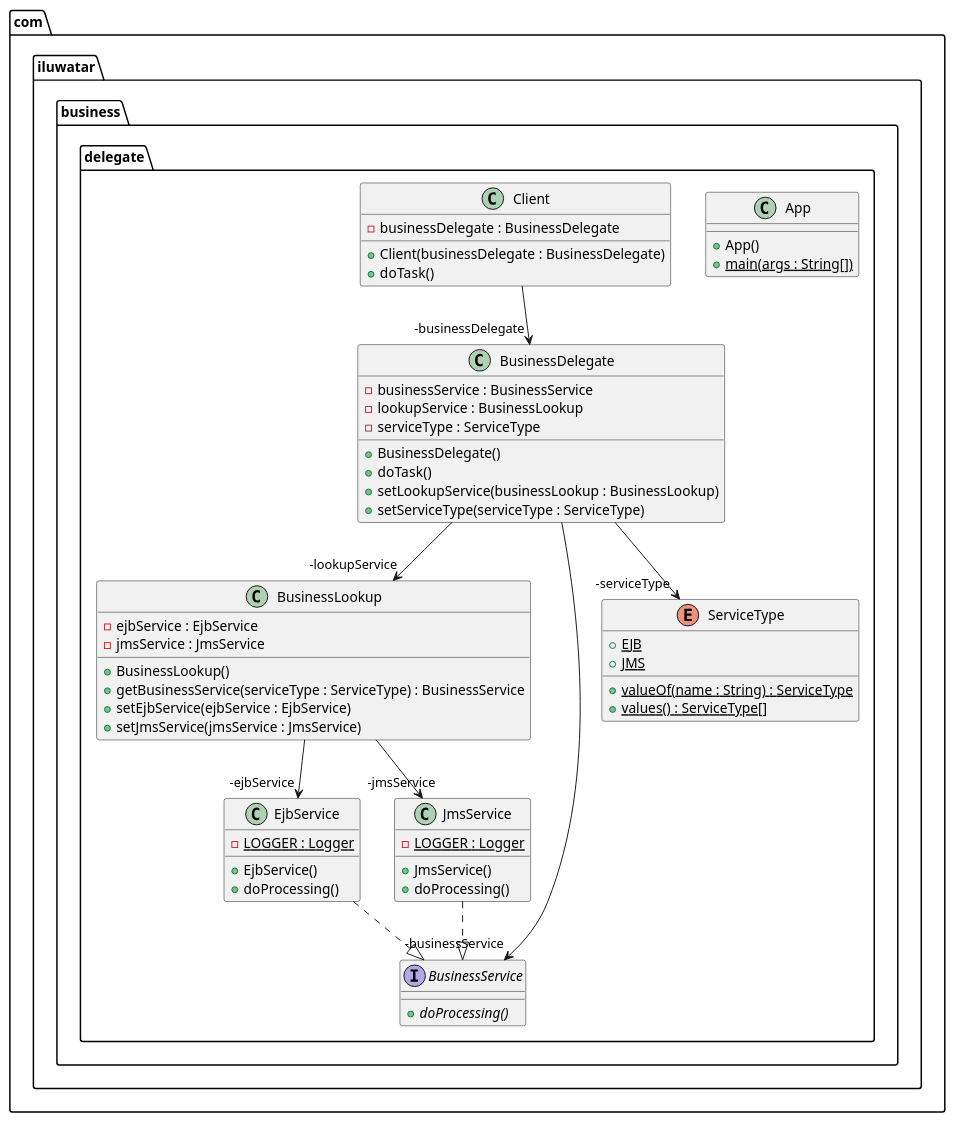
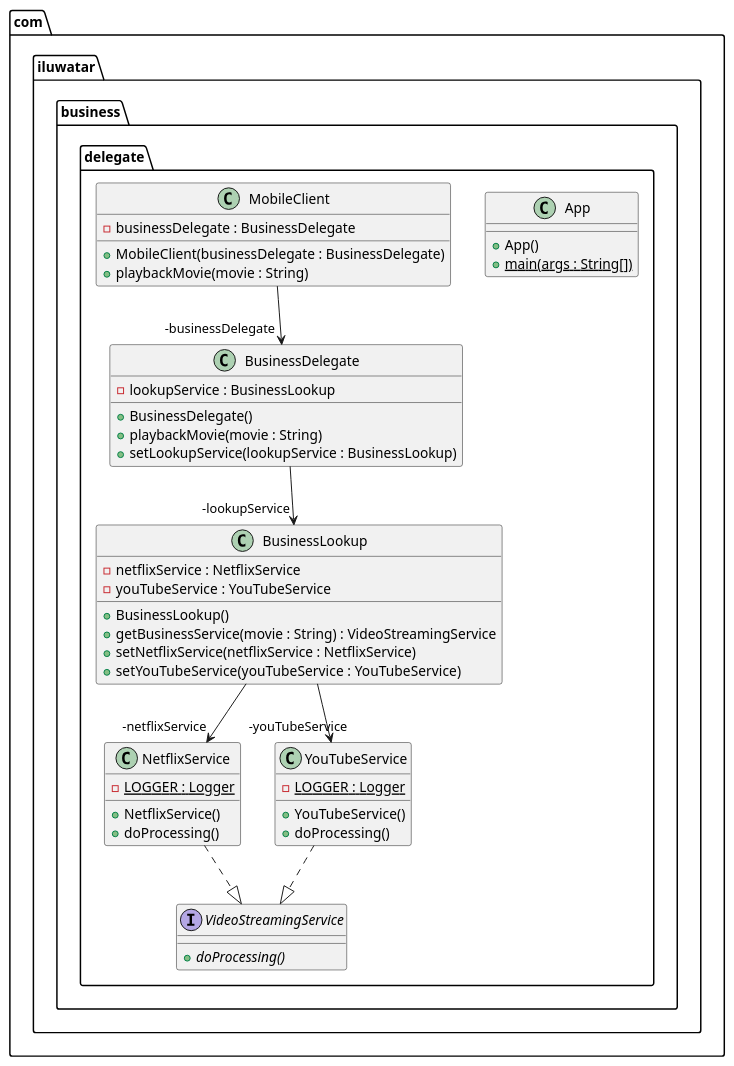
One commit to NatalieSty/java-design-patterns changed the diagram in business-delegate/etc/business-delegate.urm.puml. Above: the diagram before and after it, drawn with PlantUML. The commit also changed 13 other files, not shown here.

First line of the commit message:
docs: #590 refactor and add explanation for business delegate (#1686)

```diff
--- a/business-delegate/etc/business-delegate.urm.puml
+++ b/business-delegate/etc/business-delegate.urm.puml
@@ -1,57 +1,46 @@
 @startuml
 package com.iluwatar.business.delegate {
   class App {
     + App()
     + main(args : String[]) {static}
   }
   class BusinessDelegate {
-    - businessService : BusinessService
     - lookupService : BusinessLookup
-    - serviceType : ServiceType
     + BusinessDelegate()
-    + doTask()
-    + setLookupService(businessLookup : BusinessLookup)
-    + setServiceType(serviceType : ServiceType)
+    + playbackMovie(movie : String)
+    + setLookupService(lookupService : BusinessLookup)
   }
   class BusinessLookup {
-    - ejbService : EjbService
-    - jmsService : JmsService
+    - netflixService : NetflixService
+    - youTubeService : YouTubeService
     + BusinessLookup()
-    + getBusinessService(serviceType : ServiceType) : BusinessService
-    + setEjbService(ejbService : EjbService)
-    + setJmsService(jmsService : JmsService)
+    + getBusinessService(movie : String) : VideoStreamingService
+    + setNetflixService(netflixService : NetflixService)
+    + setYouTubeService(youTubeService : YouTubeService)
   }
-  interface BusinessService {
+  class MobileClient {
+    - businessDelegate : BusinessDelegate
+    + MobileClient(businessDelegate : BusinessDelegate)
+    + playbackMovie(movie : String)
+  }
+  class NetflixService {
+    - LOGGER : Logger {static}
+    + NetflixService()
+    + doProcessing()
+  }
+  interface VideoStreamingService {
     + doProcessing() {abstract}
   }
-  class Client {
-    - businessDelegate : BusinessDelegate
-    + Client(businessDelegate : BusinessDelegate)
-    + doTask()
-  }
-  class EjbService {
+  class YouTubeService {
     - LOGGER : Logger {static}
-    + EjbService()
+    + YouTubeService()
     + doProcessing()
   }
-  class JmsService {
-    - LOGGER : Logger {static}
-    + JmsService()
-    + doProcessing()
-  }
-  enum ServiceType {
-    + EJB {static}
-    + JMS {static}
-    + valueOf(name : String) : ServiceType {static}
-    + values() : ServiceType[] {static}
-  }
 }
-BusinessLookup -->  "-ejbService" EjbService
-BusinessDelegate -->  "-serviceType" ServiceType
-Client -->  "-businessDelegate" BusinessDelegate
-BusinessDelegate -->  "-businessService" BusinessService
+BusinessLookup -->  "-netflixService" NetflixService
+BusinessLookup -->  "-youTubeService" YouTubeService
+MobileClient -->  "-businessDelegate" BusinessDelegate
 BusinessDelegate -->  "-lookupService" BusinessLookup
-BusinessLookup -->  "-jmsService" JmsService
-EjbService ..|> BusinessService 
-JmsService ..|> BusinessService 
+NetflixService ..|> VideoStreamingService 
+YouTubeService ..|> VideoStreamingService 
 @enduml
```
